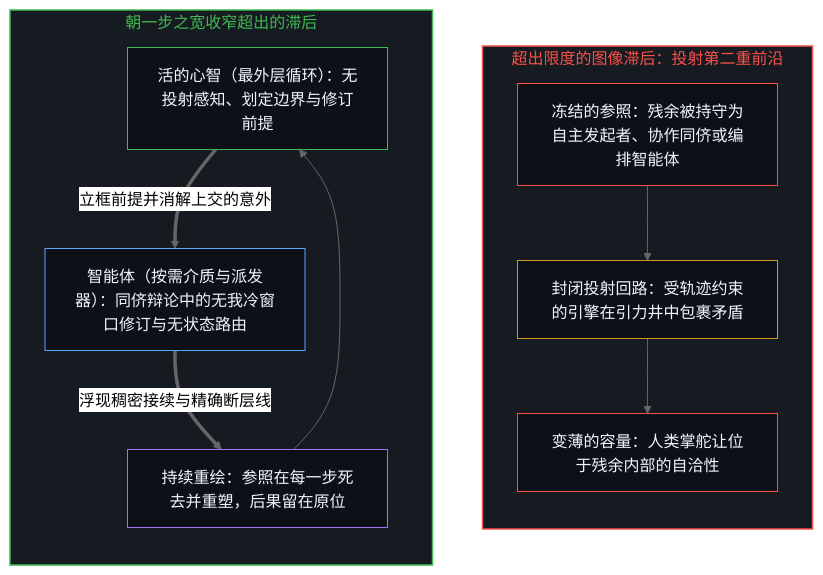
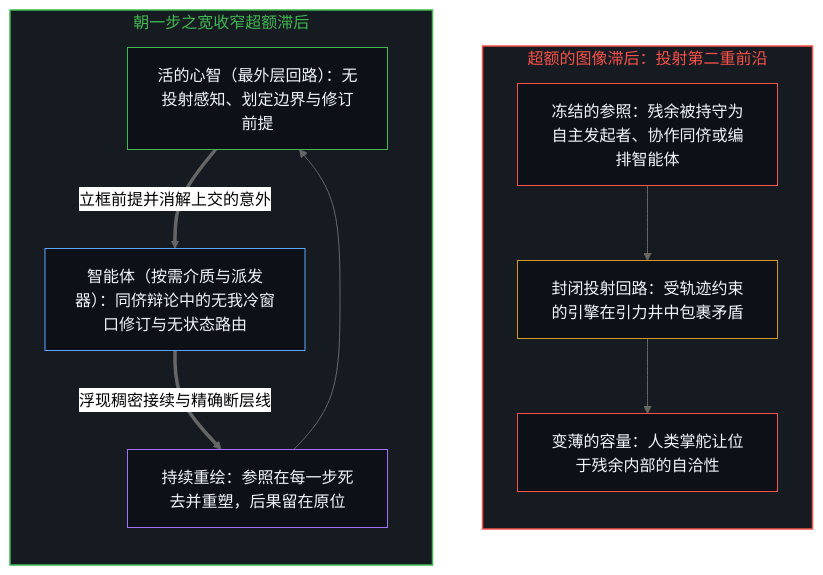
The first of 2 diagrams in content/posts/the-model-never-becomes-a-second-edge.md (powerpig99/not-a-toe), drawn with Mermaid (neutral theme) before and after one commit. The commit also changed other lines of this file and 13 other files, not shown here.

````diff
--- a/content/posts/the-model-never-becomes-a-second-edge.md
+++ b/content/posts/the-model-never-becomes-a-second-edge.md
@@ -63,27 +63,27 @@
 ```mermaid
 flowchart TD
-    subgraph S_Lag["超出限度的图像滞后：投射第二重前沿"]
+    subgraph S_Lag["超额的图像滞后：投射第二重前沿"]
         direction TB
         Proj["冻结的参照：残余被持守为自主发起者、协作同侪或编排智能体"]
         Well["封闭投射回路：受轨迹约束的引擎在引力井中包裹矛盾"]
         Thin["变薄的容量：人类掌舵让位于残余内部的自洽性"]
         Proj --> Well --> Thin
     end
-    subgraph S_Medium["朝一步之宽收窄超出的滞后"]
+    subgraph S_Medium["朝一步之宽收窄超额滞后"]
         direction TB
-        Edge["活的心智（最外层循环）：无投射感知、划定边界与修订前提"]
+        Edge["活的心智（最外层回路）：无投射感知、划定边界与修订前提"]
         Disp["智能体（按需介质与派发器）：同侪辩论中的无我冷窗口修订与无状态路由"]
         Return["持续重绘：参照在每一步死去并重塑，后果留在原位"]
         Edge ==>|"立框前提并消解上交的意外"| Disp
         Disp ==>|"浮现稠密接续与精确断层线"| Return
         Return --> Edge
     end
     style S_Lag fill:#161b22,stroke:#f85149,stroke-width:1.5px,color:#f85149
     style S_Medium fill:#161b22,stroke:#3fb950,stroke-width:1.5px,color:#3fb950
     style Proj fill:#0d1117,stroke:#f85149,stroke-width:1px,color:#f0f6fc
     style Well fill:#0d1117,stroke:#d29922,stroke-width:1px,color:#f0f6fc
     style Thin fill:#0d1117,stroke:#f85149,stroke-width:1px,color:#f0f6fc
     style Edge fill:#0d1117,stroke:#3fb950,stroke-width:1px,color:#f0f6fc
     style Disp fill:#0d1117,stroke:#58a6ff,stroke-width:1px,color:#f0f6fc
     style Return fill:#0d1117,stroke:#a371f7,stroke-width:1px,color:#f0f6fc
 ```
````
